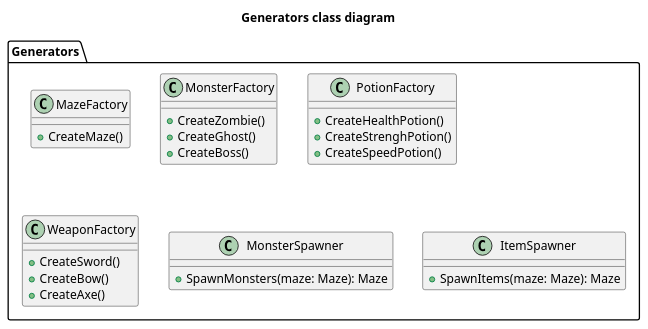
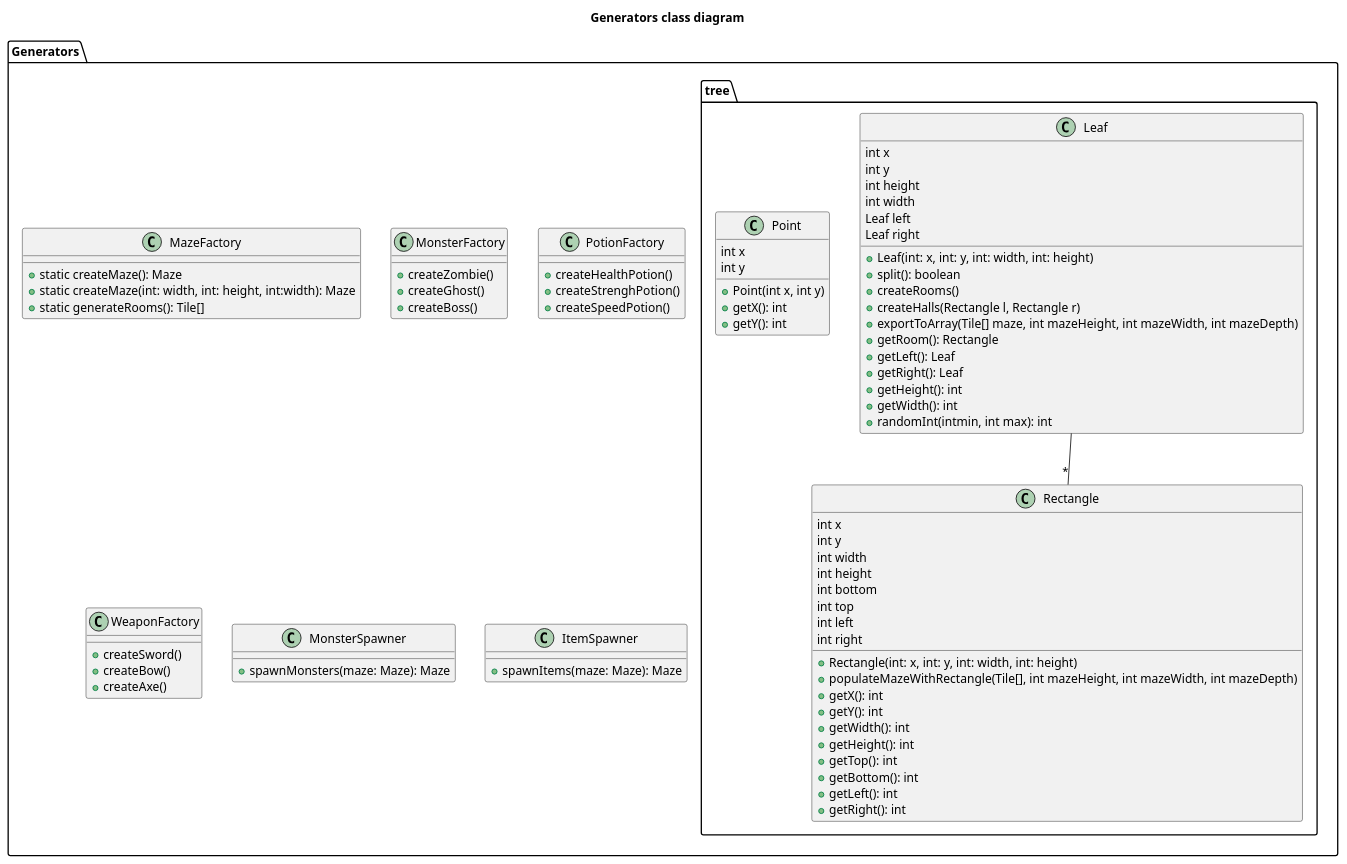
The diagram in sprints/sprint1/diagrammes/Generators.puml (toxicbloud/ACL-2023-MazeOfMadness), drawn with PlantUML before and after one commit.

Commit message:
Updated Class diagram for generators.

```diff
--- a/sprints/sprint1/diagrammes/Generators.puml
+++ b/sprints/sprint1/diagrammes/Generators.puml
@@ -1,36 +1,89 @@
 @startuml Generators class diagram
 title Generators class diagram
 
 package Generators {
     class MazeFactory {
-        + CreateMaze()
+        + static createMaze(): Maze
+        + static createMaze(int: width, int: height, int:width): Maze
+        + static generateRooms(): Tile[]
     }
 
     class MonsterFactory {
-        + CreateZombie()
-        + CreateGhost()
-        + CreateBoss()
+        + createZombie()
+        + createGhost()
+        + createBoss()
     }
 
     class PotionFactory {
-        + CreateHealthPotion()
-        + CreateStrenghPotion()
-        + CreateSpeedPotion()
+        + createHealthPotion()
+        + createStrenghPotion()
+        + createSpeedPotion()
     }
 
     class WeaponFactory {
-        + CreateSword()
-        + CreateBow()
-        + CreateAxe()
+        + createSword()
+        + createBow()
+        + createAxe()
     }
 
     class MonsterSpawner {
-        + SpawnMonsters(maze: Maze): Maze
+        + spawnMonsters(maze: Maze): Maze
     }
 
     class ItemSpawner {
-        + SpawnItems(maze: Maze): Maze
+        + spawnItems(maze: Maze): Maze
+    }
+
+    package tree {
+        class Leaf {
+            int x
+            int y
+            int height
+            int width
+            Leaf left
+            Leaf right
+            + Leaf(int: x, int: y, int: width, int: height)
+            + split(): boolean
+            + createRooms()
+            + createHalls(Rectangle l, Rectangle r)
+            + exportToArray(Tile[] maze, int mazeHeight, int mazeWidth, int mazeDepth)
+            + getRoom(): Rectangle
+            + getLeft(): Leaf
+            + getRight(): Leaf
+            + getHeight(): int
+            + getWidth(): int
+            + randomInt(intmin, int max): int
+        }
+        class Rectangle {
+            int x
+            int y
+            int width
+            int height
+            int bottom
+            int top
+            int left
+            int right
+            + Rectangle(int: x, int: y, int: width, int: height)
+            + populateMazeWithRectangle(Tile[], int mazeHeight, int mazeWidth, int mazeDepth)
+            + getX(): int
+            + getY(): int
+            + getWidth(): int
+            + getHeight(): int       
+            + getTop(): int
+            + getBottom(): int          
+            + getLeft(): int
+            + getRight(): int
+        }
+        class Point {
+            int x
+            int y
+            + Point(int x, int y)
+            + getX(): int
+            + getY(): int
+        }
+
+        Leaf -- "*" Rectangle
     }
 }
 
 @enduml
```
